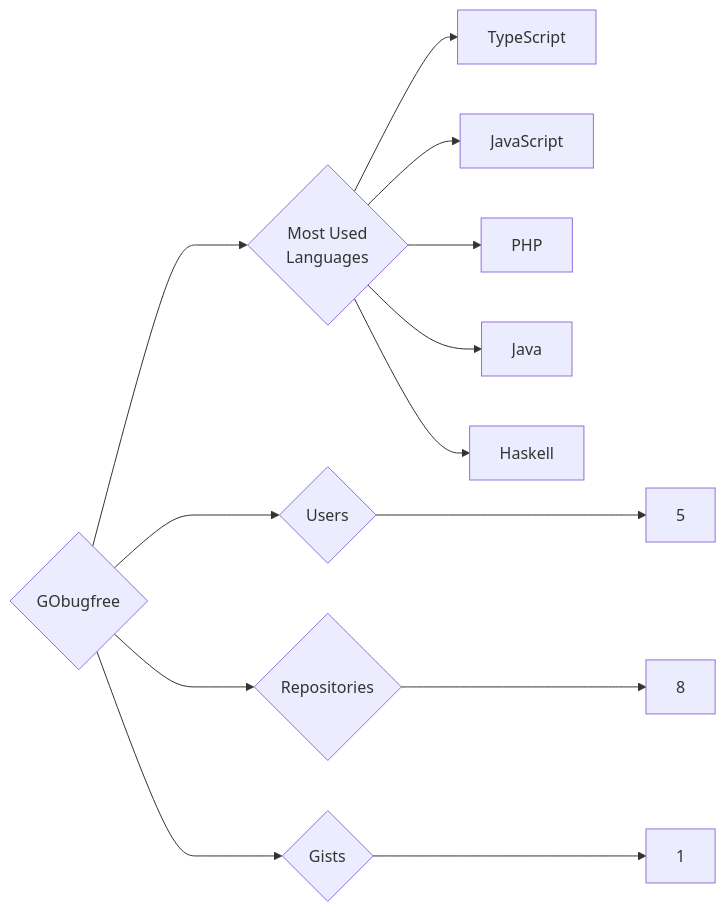
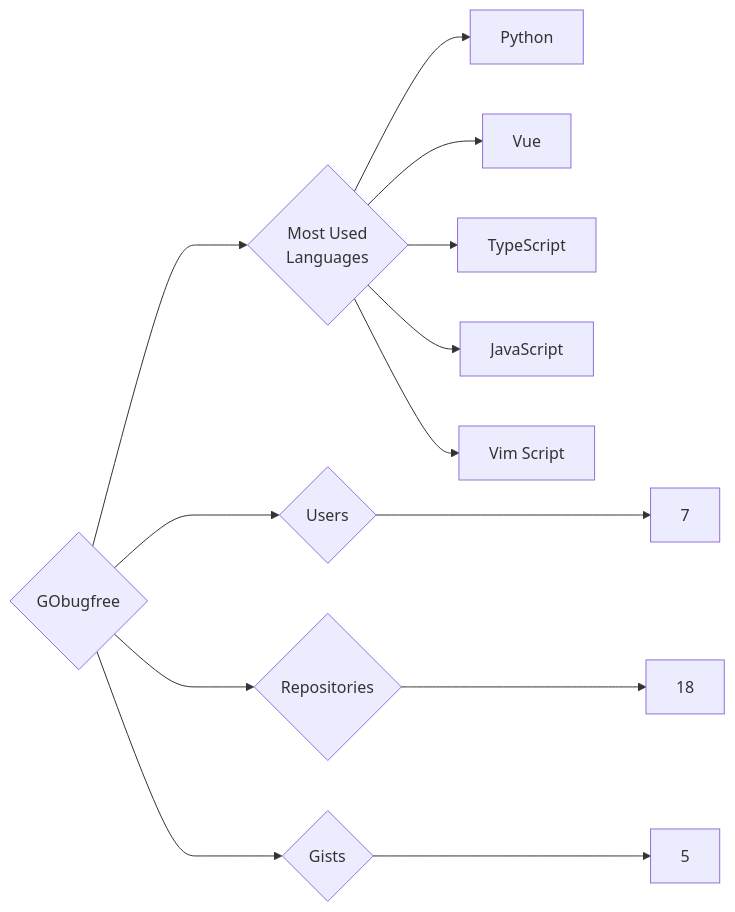
The diagram in targets/GObugfree/README.md (trickest/insiders), drawn with Mermaid before and after one commit. The commit also changed 880 other files, not shown here.

````diff
--- a/targets/GObugfree/README.md
+++ b/targets/GObugfree/README.md
@@ -3,13 +3,13 @@
 ```mermaid
 graph LR
 COMPANY_NAME{GObugfree}
-COMPANY_NAME ---> U{Users} ---> UN[5]
-COMPANY_NAME ---> R{Repositories} ---> RN[8]
-COMPANY_NAME ---> G{Gists} ---> GN[1]
+COMPANY_NAME ---> U{Users} ---> UN[7]
+COMPANY_NAME ---> R{Repositories} ---> RN[18]
+COMPANY_NAME ---> G{Gists} ---> GN[5]
 COMPANY_NAME ---> ML{Most Used<br>Languages}
+ML --> Python[Python]
+ML --> Vue[Vue]
 ML --> TypeScript[TypeScript]
 ML --> JavaScript[JavaScript]
-ML --> PHP[PHP]
-ML --> Java[Java]
-ML --> Haskell[Haskell]
+ML --> Vim_Script[Vim Script]
 ```
````
